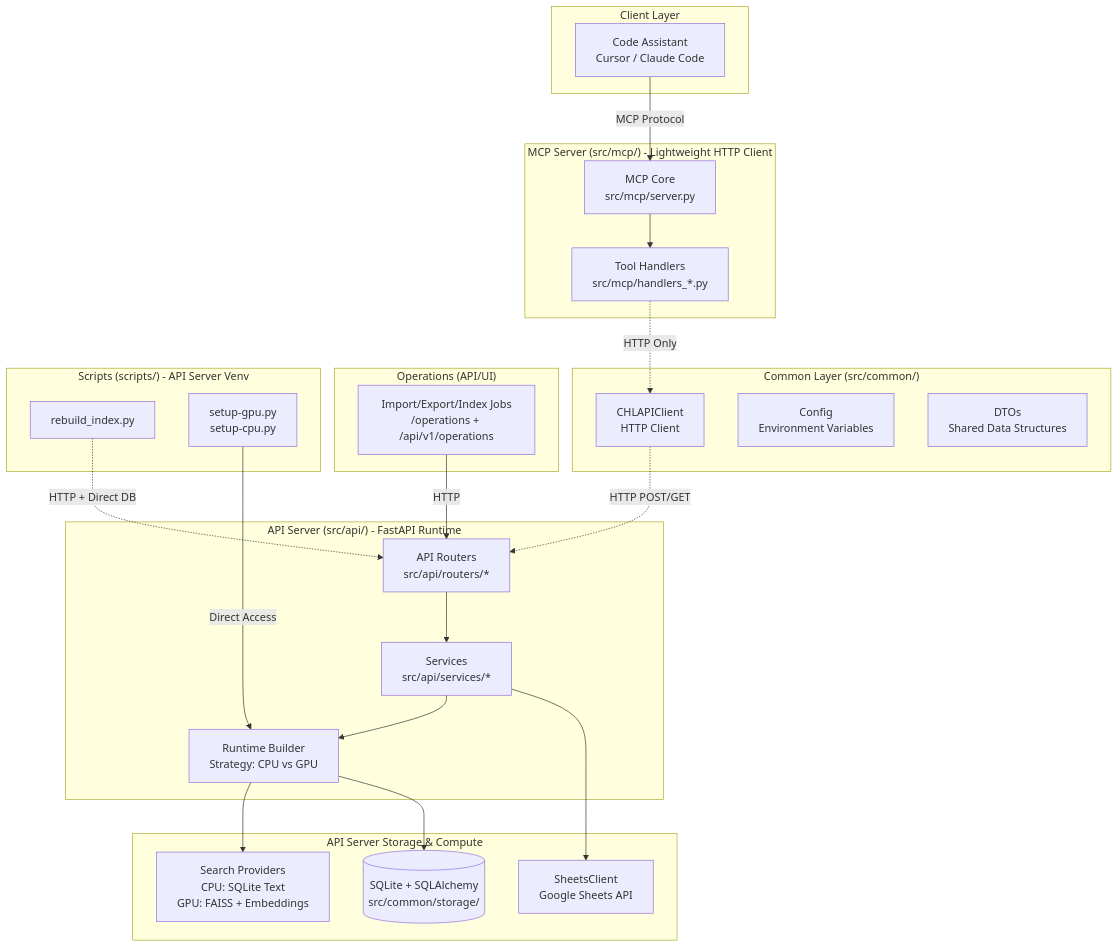
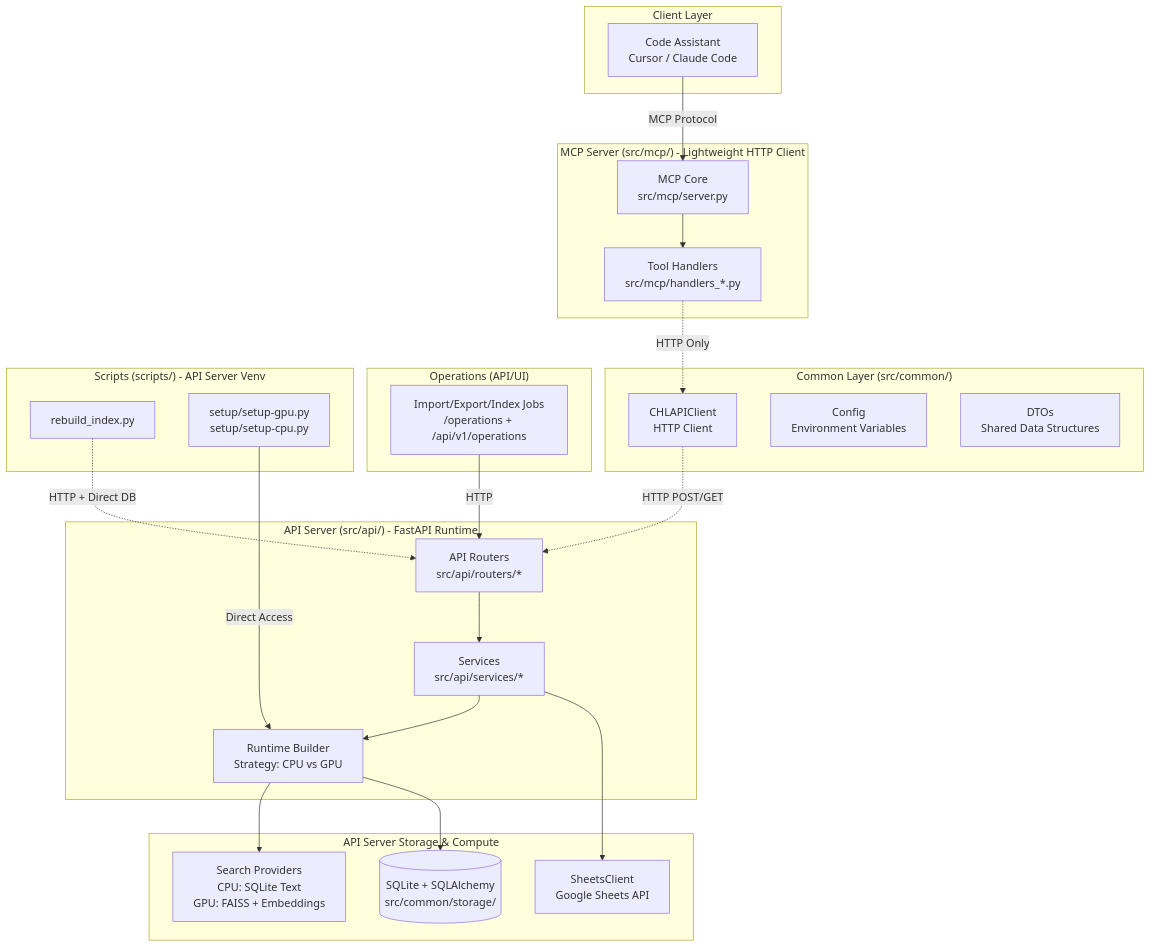
The first of 4 diagrams in doc/architecture.md (tyouritsugun/curated-heuristic-loop), drawn with Mermaid before and after one commit. The commit also changed other lines of this file and 44 other files, not shown here.

````diff
--- a/doc/architecture.md
+++ b/doc/architecture.md
@@ -11,51 +11,51 @@
 ```mermaid
 graph TB
     subgraph "Client Layer"
         CA[Code Assistant<br/>Cursor / Claude Code]
     end
 
     subgraph "MCP Server (src/mcp/) - Lightweight HTTP Client"
         MCPCORE[MCP Core<br/>src/mcp/server.py]
         HNDL[Tool Handlers<br/>src/mcp/handlers_*.py]
     end
 
     subgraph "API Server (src/api/) - FastAPI Runtime"
         ROUTERS[API Routers<br/>src/api/routers/*]
         SRVCS[Services<br/>src/api/services/*]
         RUNTIME[Runtime Builder<br/>Strategy: CPU vs GPU]
     end
 
     subgraph "Common Layer (src/common/)"
         APICLIENT[CHLAPIClient<br/>HTTP Client]
         CONFIG[Config<br/>Environment Variables]
         DTO[DTOs<br/>Shared Data Structures]
     end
 
     subgraph "API Server Storage & Compute"
         DB[(SQLite + SQLAlchemy<br/>src/common/storage/)]
         SHEETS[SheetsClient<br/>Google Sheets API]
         SEARCH[Search Providers<br/>CPU: SQLite Text<br/>GPU: FAISS + Embeddings]
     end
 
     subgraph "Operations (API/UI)"
         OPS[Import/Export/Index Jobs<br/>/operations + /api/v1/operations]
     end
 
     subgraph "Scripts (scripts/) - API Server Venv"
         REBUILD[rebuild_index.py]
-        SETUP[setup-gpu.py<br/>setup-cpu.py]
+        SETUP[setup/setup-gpu.py<br/>setup/setup-cpu.py]
     end
 
     CA -->|MCP Protocol| MCPCORE
     MCPCORE --> HNDL
     HNDL -.->|HTTP Only| APICLIENT
     APICLIENT -.->|HTTP POST/GET| ROUTERS
     ROUTERS --> SRVCS
     SRVCS --> RUNTIME
     RUNTIME --> SEARCH
     RUNTIME --> DB
     SRVCS --> SHEETS
     OPS -->|HTTP| ROUTERS
     REBUILD -.->|HTTP + Direct DB| ROUTERS
     SETUP -->|Direct Access| RUNTIME
 ```
````
